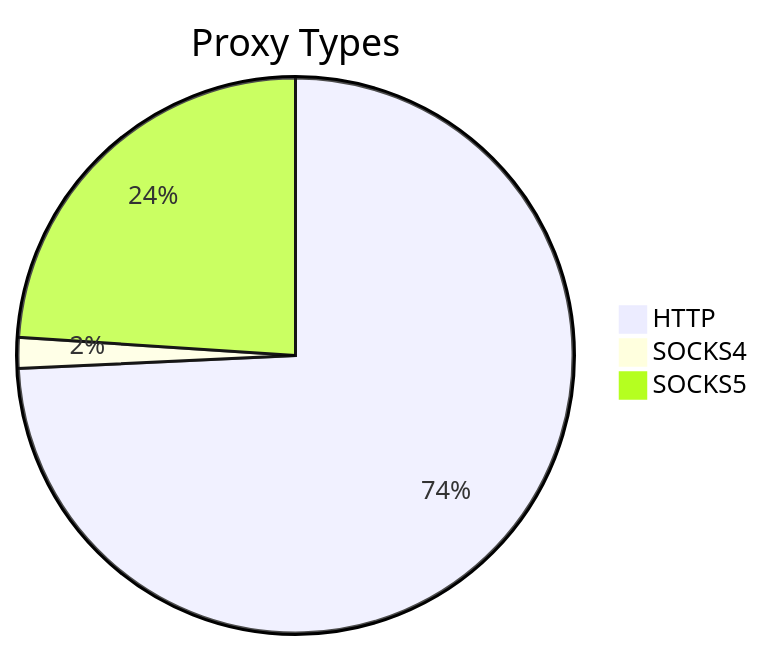
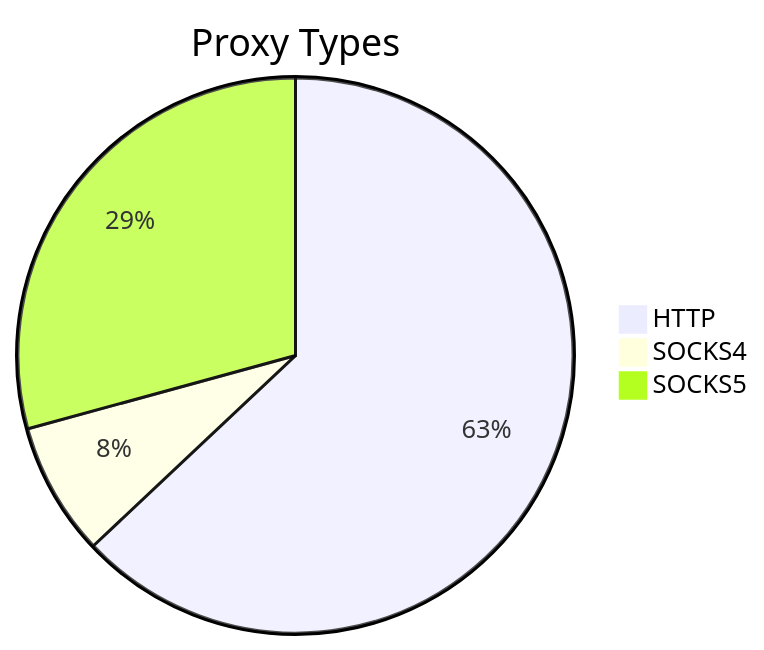
One commit to stormsia/proxy-list changed the first of 2 diagrams in README.md. Above: the diagram before and after it, drawn with Mermaid. The commit also changed other lines of this file, not shown here.

````diff
--- a/README.md
+++ b/README.md
@@ -21,6 +21,6 @@
 ```mermaid
 pie title Proxy Types
-    "HTTP" : 496
-    "SOCKS4" : 12
-    "SOCKS5" : 160
+    "HTTP" : 592
+    "SOCKS4" : 73
+    "SOCKS5" : 275
 ```
````
